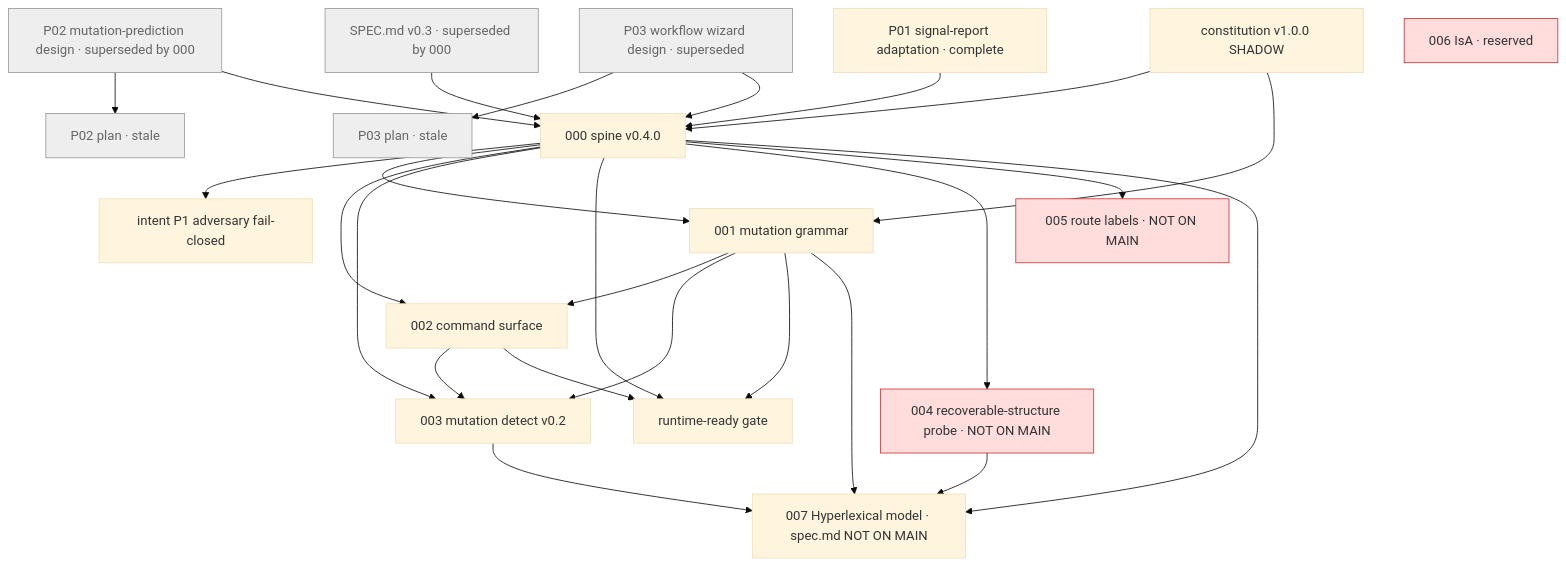
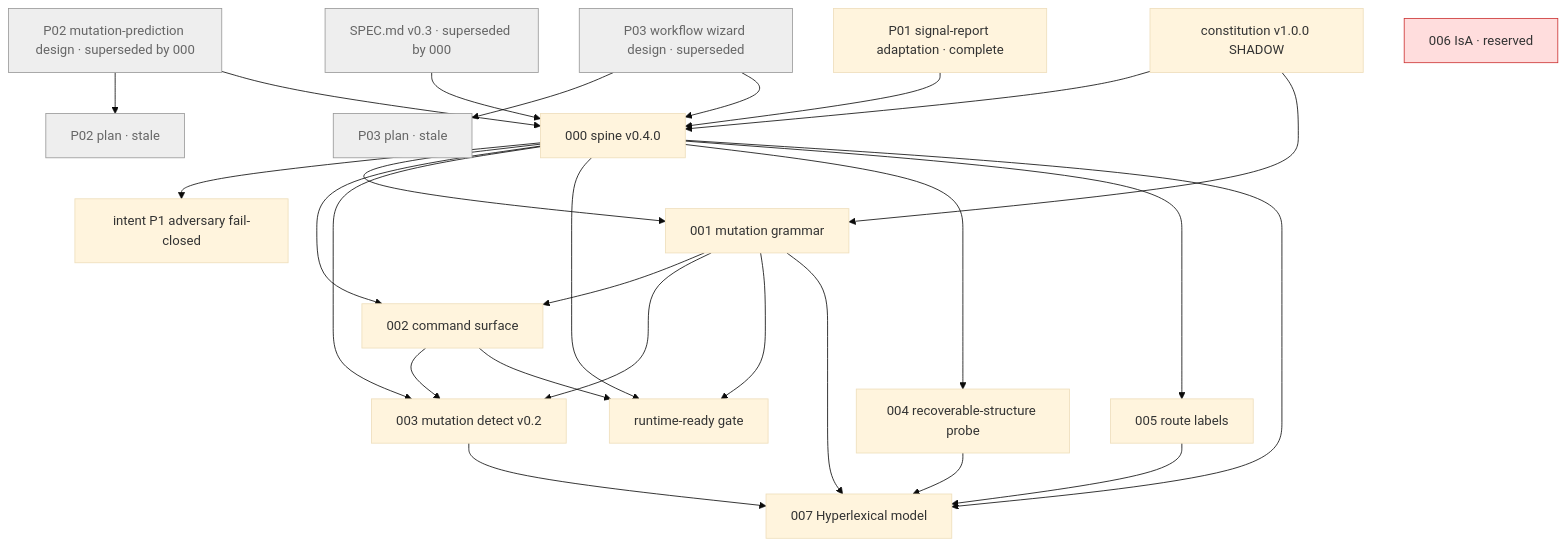
Before and after one commit to Zero-State-LLC/Hyperlex: the diagram in specs/DAG.md, drawn with Mermaid (base theme). The commit also changed other lines of this file and 35 other files, not shown here.

````diff
--- a/specs/DAG.md
+++ b/specs/DAG.md
@@ -14,46 +14,47 @@
 ```mermaid
 graph TD
   C[constitution v1.0.0 SHADOW]
   P01[P01 signal-report adaptation · complete]
   P02[P02 mutation-prediction design · superseded by 000]:::sup
   P02p[P02 plan · stale]:::sup
   P03[P03 workflow wizard design · superseded]:::sup
   P03p[P03 plan · stale]:::sup
   L03[SPEC.md v0.3 · superseded by 000]:::sup
   S000[000 spine v0.4.0]
   I1[intent P1 adversary fail-closed]
   S001[001 mutation grammar]
   S002[002 command surface]
   S003[003 mutation detect v0.2]
   RR[runtime-ready gate]
-  S004[004 recoverable-structure probe · NOT ON MAIN]:::miss
-  S005[005 route labels · NOT ON MAIN]:::miss
+  S004[004 recoverable-structure probe]
+  S005[005 route labels]
   S006[006 IsA · reserved]:::miss
-  S007[007 Hyperlexical model · spec.md NOT ON MAIN]
+  S007[007 Hyperlexical model]
   P02 --> P02p
   P03 --> P03p
   C --> S000
   L03 --> S000
   P01 --> S000
   P02 --> S000
   P03 --> S000
   S000 --> I1
   C --> S001
   S000 --> S001
   S000 --> S002
   S001 --> S002
   S000 --> S003
   S001 --> S003
   S002 --> S003
   S000 --> RR
   S001 --> RR
   S002 --> RR
   S000 --> S004
   S000 --> S005
   S000 --> S007
   S001 --> S007
   S003 --> S007
   S004 --> S007
+  S005 --> S007
   classDef sup fill:#eee,stroke:#999,color:#666
   classDef miss fill:#fdd,stroke:#c33
 ```
````
